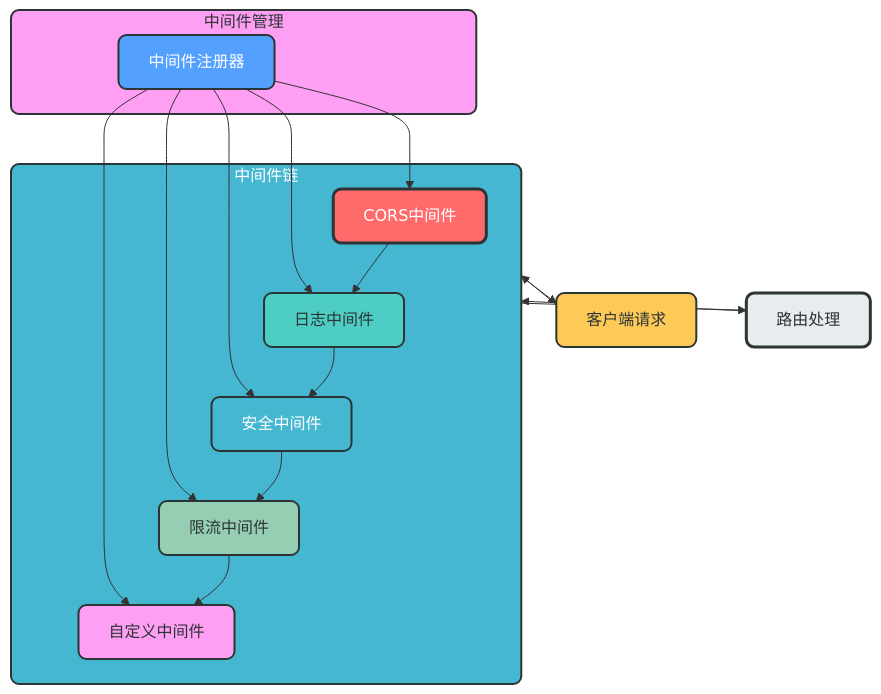
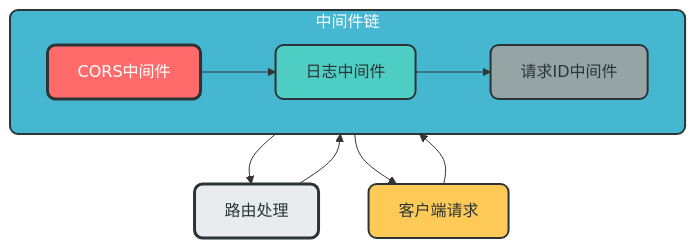
Before and after one commit to amuqiao/fastapi-enterprise-framework-template: diagram 15 of 24 in docs/design/architecture_guide.md, drawn with Mermaid. The commit also changed other lines of this file, not shown here.

````diff
--- a/docs/design/architecture_guide.md
+++ b/docs/design/architecture_guide.md
@@ -1074,33 +1078,19 @@
 ```mermaid
 graph TD
     subgraph 中间件链
         A[CORS中间件] --> B[日志中间件]
-        B --> C[安全中间件]
-        C --> D[限流中间件]
-        D --> E[自定义中间件]
-    end
-    
-    subgraph 中间件管理
-        F[中间件注册器] --> A
-        F --> B
-        F --> C
-        F --> D
-        F --> E
+        B --> E[请求ID中间件]
     end
     
     Client[客户端请求] --> 中间件链
     中间件链 --> Router[路由处理]
     Router --> 中间件链
     中间件链 --> Client
     
     style A fill:#FF6B6B,stroke:#2D3436,stroke-width:3px,color:white,rx:8,ry:8
     style B fill:#4ECDC4,stroke:#2D3436,stroke-width:2px,color:#2D3436,rx:8,ry:8
-    style C fill:#45B7D1,stroke:#2D3436,stroke-width:2px,color:white,rx:8,ry:8
-    style D fill:#96CEB4,stroke:#2D3436,stroke-width:2px,color:#2D3436,rx:8,ry:8
-    style E fill:#FF9FF3,stroke:#2D3436,stroke-width:2px,color:#2D3436,rx:8,ry:8
-    style F fill:#54A0FF,stroke:#2D3436,stroke-width:2px,color:white,rx:8,ry:8
+    style E fill:#95A5A6,stroke:#2D3436,stroke-width:2px,color:#2D3436,rx:8,ry:8
     style Client fill:#FECA57,stroke:#2D3436,stroke-width:2px,color:#2D3436,rx:8,ry:8
     style Router fill:#E9ECEF,stroke:#2D3436,stroke-width:3px,color:#2D3436,rx:8,ry:8
     style 中间件链 fill:#45B7D1,stroke:#2D3436,stroke-width:2px,color:white,rx:8,ry:8
-    style 中间件管理 fill:#FF9FF3,stroke:#2D3436,stroke-width:2px,color:#2D3436,rx:8,ry:8
 ```
````
